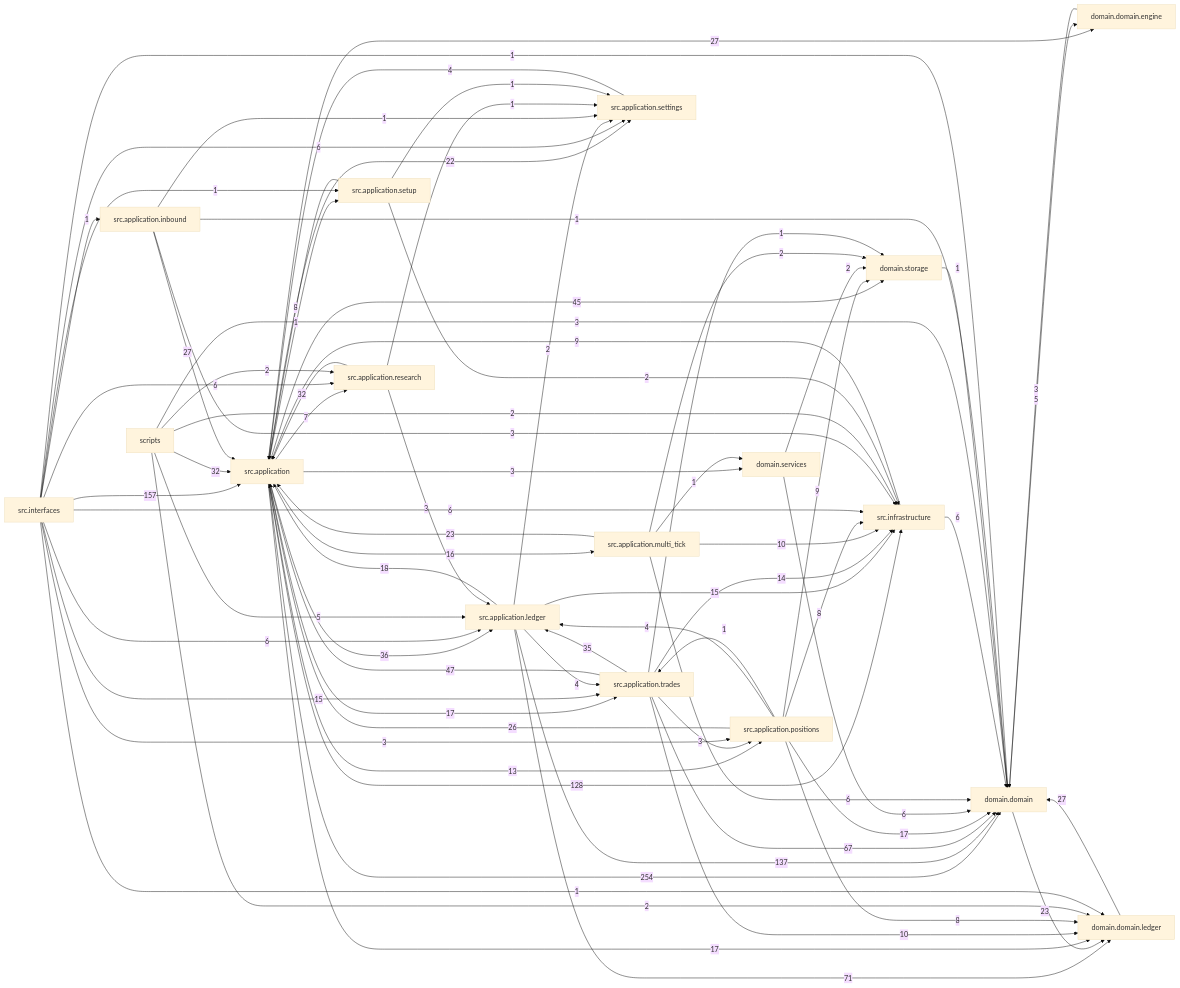
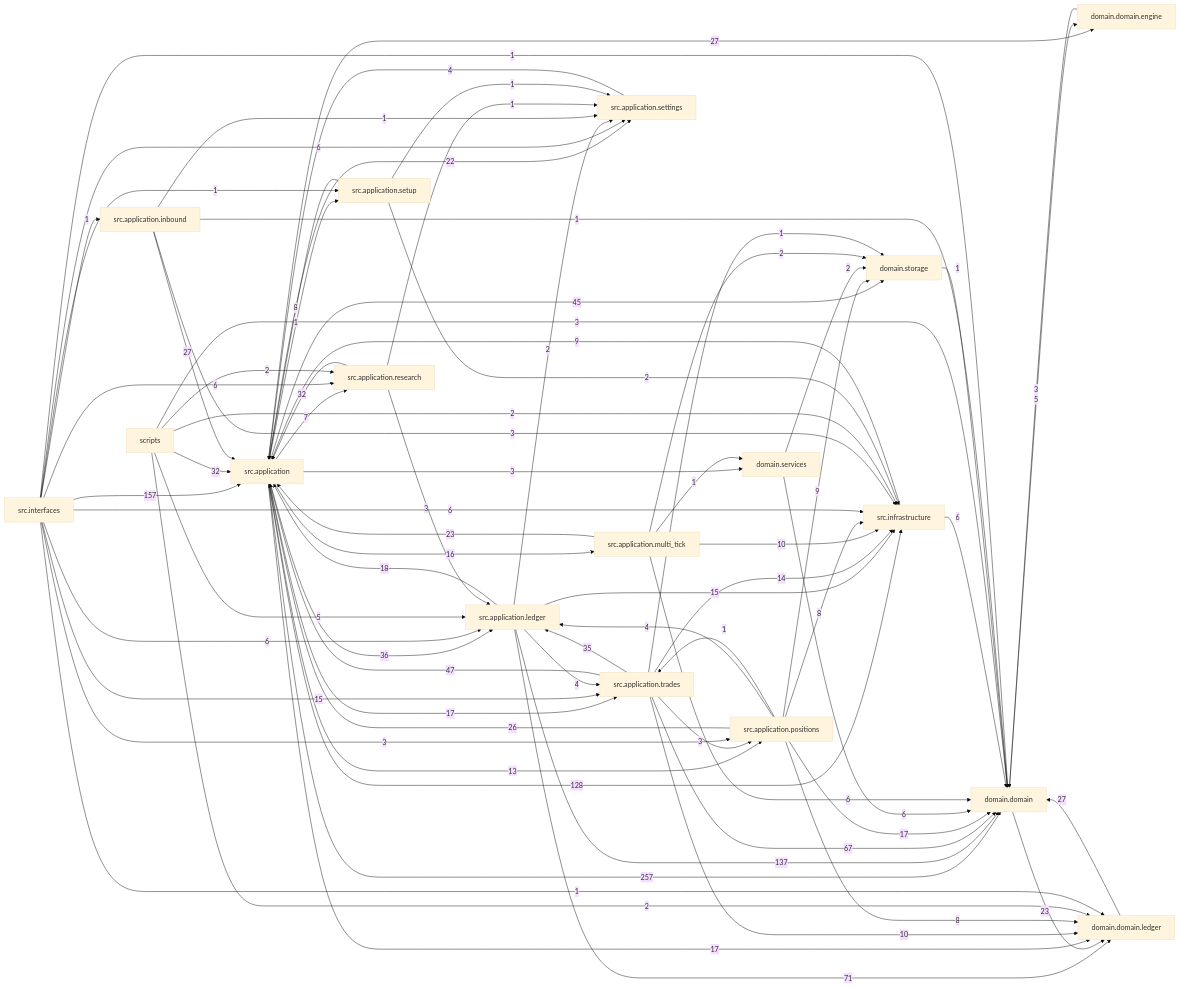
The diagram in docs/dependency_graph.mmd (liuxie066/options-monitor), drawn with Mermaid (base theme) before and after one commit. The commit also changed 29 other files, not shown here.

```diff
--- a/docs/dependency_graph.mmd
+++ b/docs/dependency_graph.mmd
@@ -1,76 +1,76 @@
 flowchart LR
-  src_application["src.application"] -->|254| domain_domain["domain.domain"]
+  src_application["src.application"] -->|257| domain_domain["domain.domain"]
   src_interfaces["src.interfaces"] -->|157| src_application["src.application"]
   src_application_ledger["src.application.ledger"] -->|137| domain_domain["domain.domain"]
   src_application["src.application"] -->|128| src_infrastructure["src.infrastructure"]
   src_application_ledger["src.application.ledger"] -->|71| domain_domain_ledger["domain.domain.ledger"]
   src_application_trades["src.application.trades"] -->|67| domain_domain["domain.domain"]
   src_application_trades["src.application.trades"] -->|47| src_application["src.application"]
   src_application["src.application"] -->|45| domain_storage["domain.storage"]
   src_application["src.application"] -->|36| src_application_ledger["src.application.ledger"]
   src_application_trades["src.application.trades"] -->|35| src_application_ledger["src.application.ledger"]
   scripts["scripts"] -->|32| src_application["src.application"]
   src_application_research["src.application.research"] -->|32| src_application["src.application"]
   domain_domain_ledger["domain.domain.ledger"] -->|27| domain_domain["domain.domain"]
   src_application["src.application"] -->|27| domain_domain_engine["domain.domain.engine"]
   src_application_inbound["src.application.inbound"] -->|27| src_application["src.application"]
   src_application_positions["src.application.positions"] -->|26| src_application["src.application"]
   domain_domain["domain.domain"] -->|23| domain_domain_ledger["domain.domain.ledger"]
   src_application_multi_tick["src.application.multi_tick"] -->|23| src_application["src.application"]
   src_application["src.application"] -->|22| src_application_settings["src.application.settings"]
   src_application_ledger["src.application.ledger"] -->|18| src_application["src.application"]
   src_application["src.application"] -->|17| domain_domain_ledger["domain.domain.ledger"]
   src_application["src.application"] -->|17| src_application_trades["src.application.trades"]
   src_application_positions["src.application.positions"] -->|17| domain_domain["domain.domain"]
   src_application["src.application"] -->|16| src_application_multi_tick["src.application.multi_tick"]
   src_application_ledger["src.application.ledger"] -->|15| src_infrastructure["src.infrastructure"]
   src_interfaces["src.interfaces"] -->|15| src_application_trades["src.application.trades"]
   src_application_trades["src.application.trades"] -->|14| src_infrastructure["src.infrastructure"]
   src_application["src.application"] -->|13| src_application_positions["src.application.positions"]
   src_application_multi_tick["src.application.multi_tick"] -->|10| src_infrastructure["src.infrastructure"]
   src_application_trades["src.application.trades"] -->|10| domain_domain_ledger["domain.domain.ledger"]
   src_application_positions["src.application.positions"] -->|9| domain_storage["domain.storage"]
   src_infrastructure["src.infrastructure"] -->|9| src_application["src.application"]
   src_application_positions["src.application.positions"] -->|8| domain_domain_ledger["domain.domain.ledger"]
   src_application_positions["src.application.positions"] -->|8| src_infrastructure["src.infrastructure"]
   src_application_setup["src.application.setup"] -->|8| src_application["src.application"]
   src_application["src.application"] -->|7| src_application_research["src.application.research"]
   domain_services["domain.services"] -->|6| domain_domain["domain.domain"]
   src_application_multi_tick["src.application.multi_tick"] -->|6| domain_domain["domain.domain"]
   src_infrastructure["src.infrastructure"] -->|6| domain_domain["domain.domain"]
   src_interfaces["src.interfaces"] -->|6| src_application_ledger["src.application.ledger"]
   src_interfaces["src.interfaces"] -->|6| src_application_research["src.application.research"]
   src_interfaces["src.interfaces"] -->|6| src_application_settings["src.application.settings"]
   src_interfaces["src.interfaces"] -->|6| src_infrastructure["src.infrastructure"]
   domain_domain["domain.domain"] -->|5| domain_domain_engine["domain.domain.engine"]
   scripts["scripts"] -->|5| src_application_ledger["src.application.ledger"]
   src_application_ledger["src.application.ledger"] -->|4| src_application_trades["src.application.trades"]
   src_application_positions["src.application.positions"] -->|4| src_application_ledger["src.application.ledger"]
   src_application_settings["src.application.settings"] -->|4| src_application["src.application"]
   domain_domain_engine["domain.domain.engine"] -->|3| domain_domain["domain.domain"]
   scripts["scripts"] -->|3| domain_domain["domain.domain"]
   src_application["src.application"] -->|3| domain_services["domain.services"]
   src_application_inbound["src.application.inbound"] -->|3| src_infrastructure["src.infrastructure"]
   src_application_research["src.application.research"] -->|3| src_application_ledger["src.application.ledger"]
   src_application_trades["src.application.trades"] -->|3| src_application_positions["src.application.positions"]
   src_interfaces["src.interfaces"] -->|3| src_application_positions["src.application.positions"]
   domain_services["domain.services"] -->|2| domain_storage["domain.storage"]
   scripts["scripts"] -->|2| domain_domain_ledger["domain.domain.ledger"]
   scripts["scripts"] -->|2| src_application_research["src.application.research"]
   scripts["scripts"] -->|2| src_infrastructure["src.infrastructure"]
   src_application_ledger["src.application.ledger"] -->|2| src_application_settings["src.application.settings"]
   src_application_multi_tick["src.application.multi_tick"] -->|2| domain_storage["domain.storage"]
   src_application_setup["src.application.setup"] -->|2| src_infrastructure["src.infrastructure"]
   domain_storage["domain.storage"] -->|1| domain_domain["domain.domain"]
   src_application["src.application"] -->|1| src_application_setup["src.application.setup"]
   src_application_inbound["src.application.inbound"] -->|1| domain_domain["domain.domain"]
   src_application_inbound["src.application.inbound"] -->|1| src_application_settings["src.application.settings"]
   src_application_multi_tick["src.application.multi_tick"] -->|1| domain_services["domain.services"]
   src_application_positions["src.application.positions"] -->|1| src_application_trades["src.application.trades"]
   src_application_research["src.application.research"] -->|1| src_application_settings["src.application.settings"]
   src_application_setup["src.application.setup"] -->|1| src_application_settings["src.application.settings"]
   src_application_trades["src.application.trades"] -->|1| domain_storage["domain.storage"]
   src_interfaces["src.interfaces"] -->|1| domain_domain["domain.domain"]
   src_interfaces["src.interfaces"] -->|1| domain_domain_ledger["domain.domain.ledger"]
   src_interfaces["src.interfaces"] -->|1| src_application_inbound["src.application.inbound"]
   src_interfaces["src.interfaces"] -->|1| src_application_setup["src.application.setup"]
```
